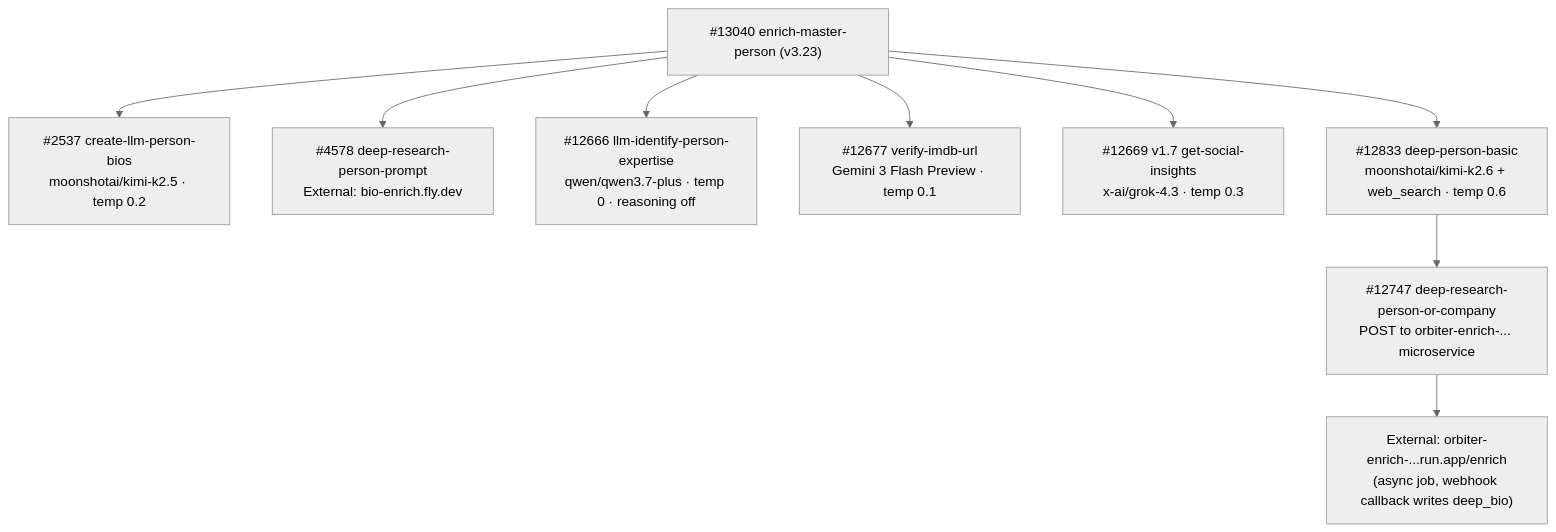
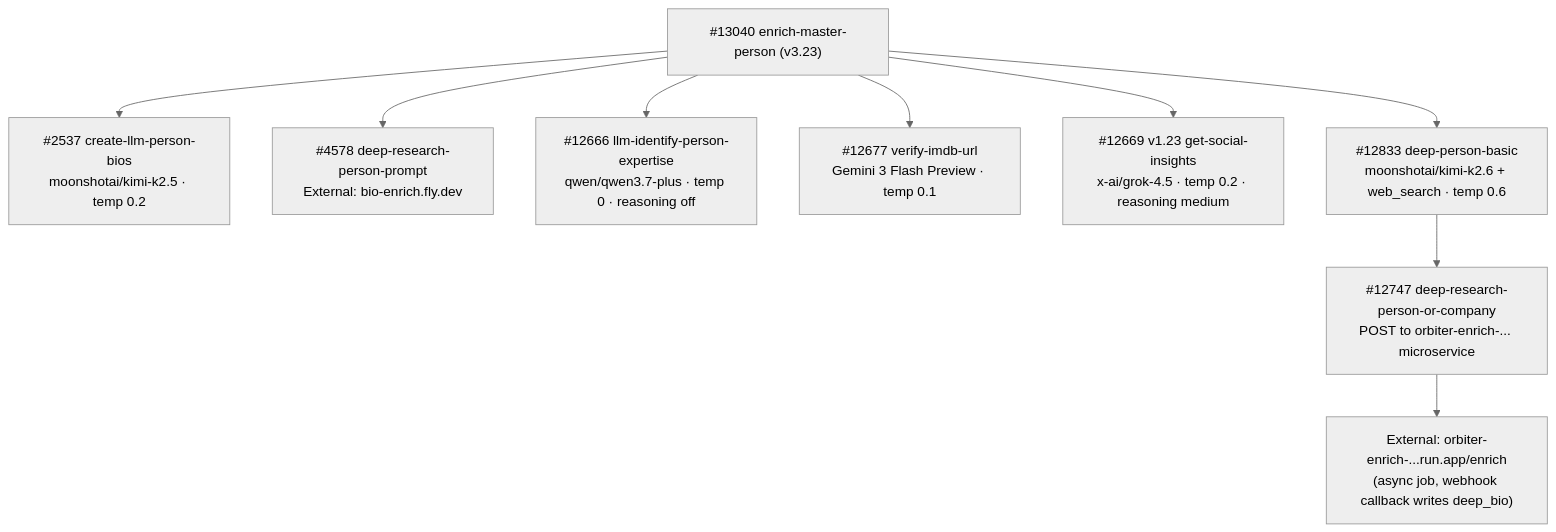
The diagram in guides/enrichment/person-pipeline/model-summary.mdx (M-Pederson/docs), drawn with Mermaid (neutral theme) before and after one commit. The commit also changed other lines of this file and 7 other files, not shown here.

````diff
--- a/guides/enrichment/person-pipeline/model-summary.mdx
+++ b/guides/enrichment/person-pipeline/model-summary.mdx
@@ -110,11 +110,11 @@
 ```mermaid
 graph TD
     A["#13040 enrich-master-person (v3.23)"] --> B["#2537 create-llm-person-bios<br/>moonshotai/kimi-k2.5 · temp 0.2"]
     A --> C["#4578 deep-research-person-prompt<br/>External: bio-enrich.fly.dev"]
     A --> D["#12666 llm-identify-person-expertise<br/>qwen/qwen3.7-plus · temp 0 · reasoning off"]
     A --> E["#12677 verify-imdb-url<br/>Gemini 3 Flash Preview · temp 0.1"]
-    A --> F["#12669 v1.7 get-social-insights<br/>x-ai/grok-4.3 · temp 0.3"]
+    A --> F["#12669 v1.23 get-social-insights<br/>x-ai/grok-4.5 · temp 0.2 · reasoning medium"]
     A --> G["#12833 deep-person-basic<br/>moonshotai/kimi-k2.6 + web_search · temp 0.6"]
     G --> H["#12747 deep-research-person-or-company<br/>POST to orbiter-enrich-... microservice"]
     H --> I["External: orbiter-enrich-...run.app/enrich<br/>(async job, webhook callback writes deep_bio)"]
 ```
````
